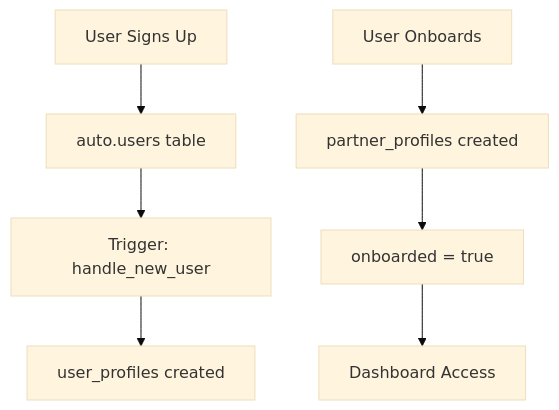
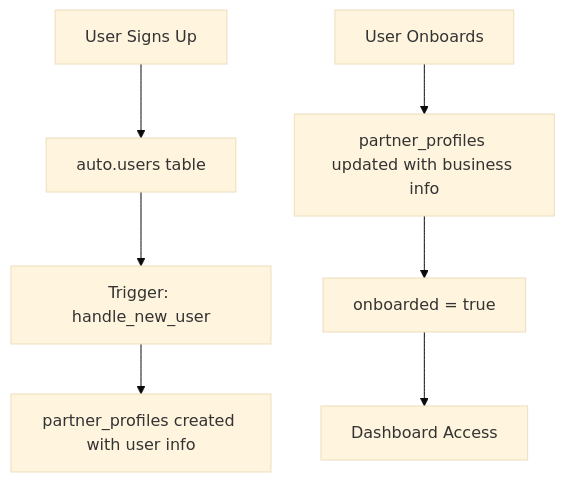
One commit to serret887/vistocapitalportal changed the diagram in SCHEMA_UPDATES_COMPLETE.md. Above: the diagram before and after it, drawn with Mermaid (base theme). The commit also changed other lines of this file and 4 other files, not shown here.

````diff
--- a/SCHEMA_UPDATES_COMPLETE.md
+++ b/SCHEMA_UPDATES_COMPLETE.md
@@ -105,9 +120,9 @@
 ```mermaid
 graph TD
     A[User Signs Up] --> B[auto.users table]
     B --> C[Trigger: handle_new_user]
-    C --> D[user_profiles created]
-    E[User Onboards] --> F[partner_profiles created]
+    C --> D[partner_profiles created with user info]
+    E[User Onboards] --> F[partner_profiles updated with business info]
     F --> G[onboarded = true]
     G --> H[Dashboard Access]
 ```
````
